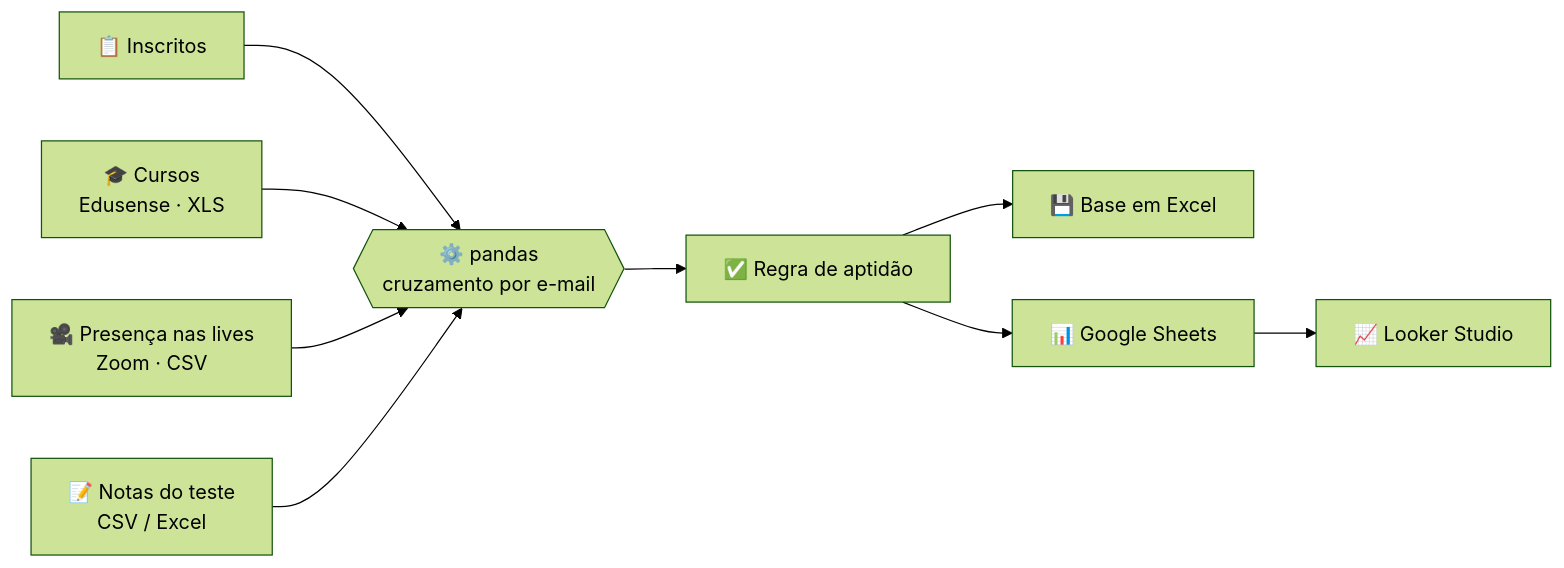
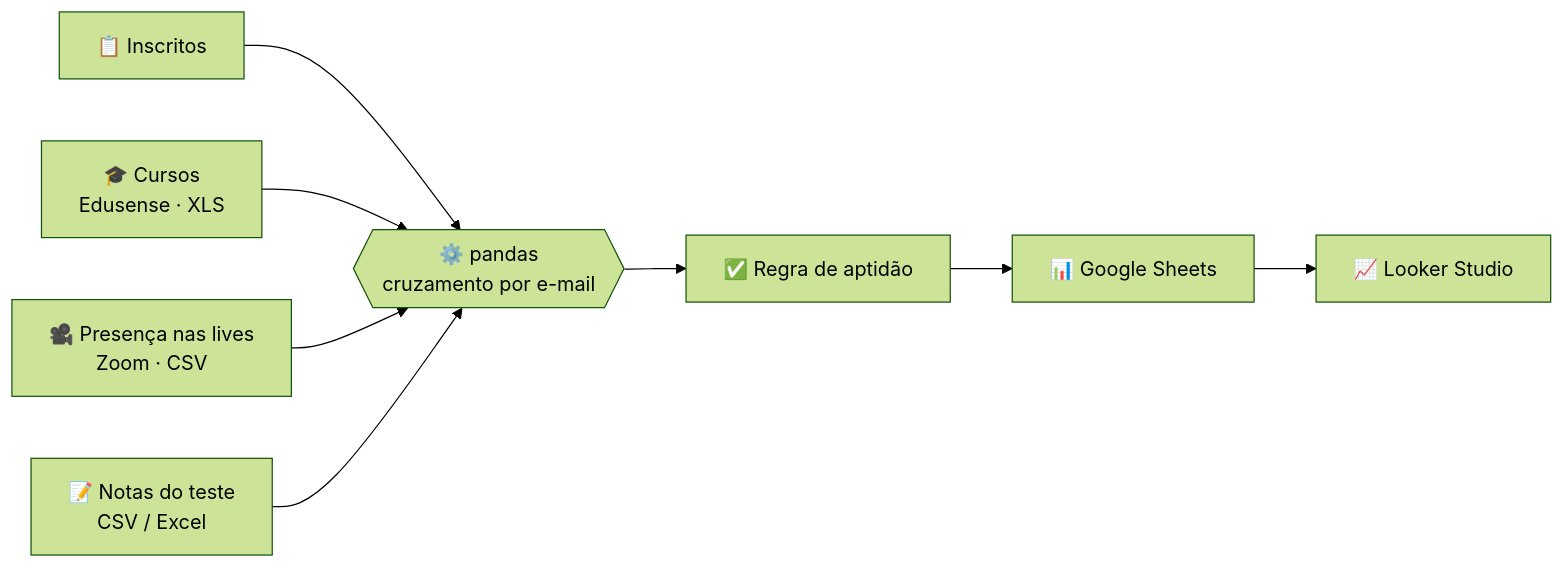
The diagram in README.md (mxdulv/pipeline-aptdao-prova), drawn with Mermaid (forest theme) before and after one commit.

````diff
--- a/README.md
+++ b/README.md
@@ -43,21 +43,19 @@
 ```mermaid 
 
 flowchart LR 
 
     A[📋 Inscritos] --> D 
 
     B[🎓 Cursos<br/>Edusense · XLS] --> D 
 
     C[🎥 Presença nas lives<br/>Zoom · CSV] --> D 
 
     E[📝 Notas do teste<br/>CSV / Excel] --> D 
 
     D{{⚙️ pandas<br/>cruzamento por e-mail}} --> F[✅ Regra de aptidão] 
 
-    F --> G[💾 Base em Excel] 
-
     F --> H[📊 Google Sheets] 
 
     H --> I[📈 Looker Studio] 
 
 ``` 
````
